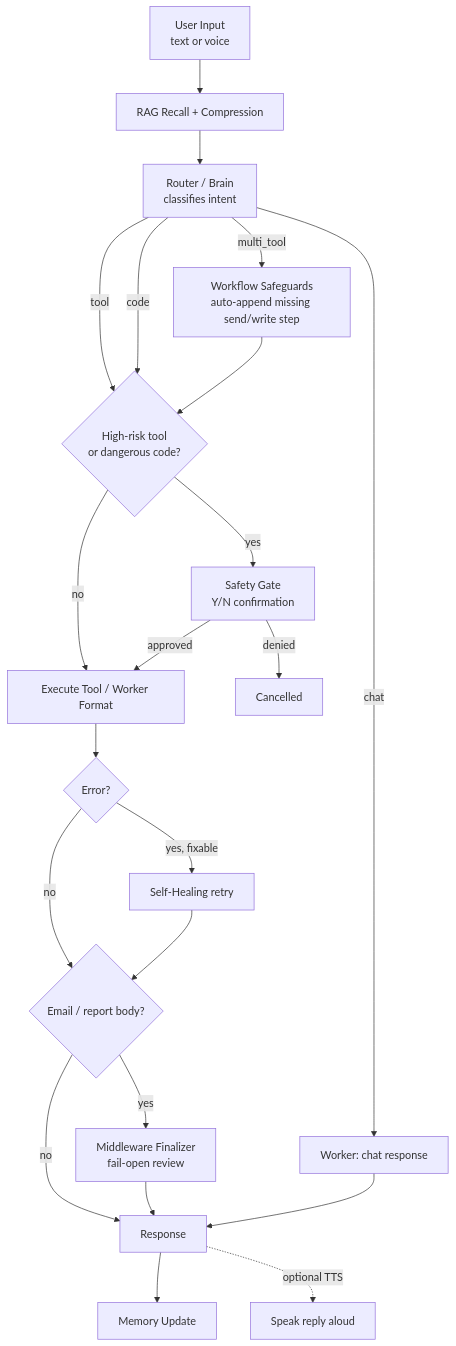
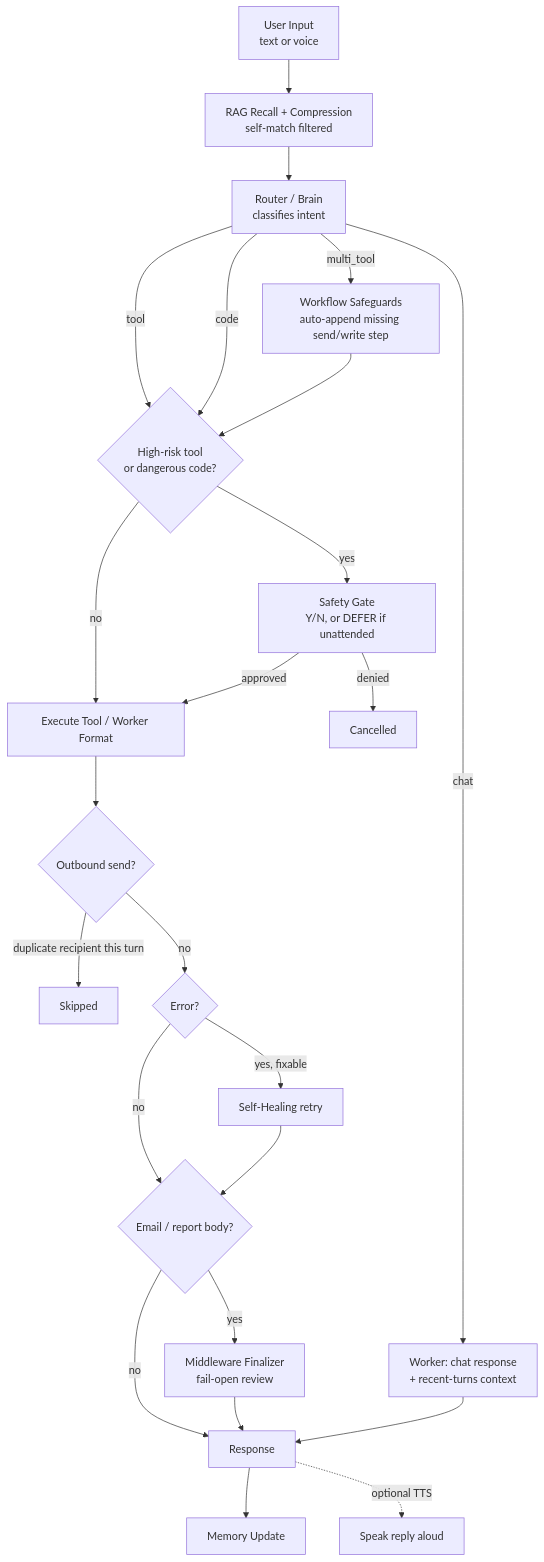
Before and after one commit to KhangTranManh/Ciel-2.0: the diagram in README.md, drawn with Mermaid. The commit also changed other lines of this file and 40 other files, not shown here.

````diff
--- a/README.md
+++ b/README.md
@@ -61,24 +85,26 @@
 ```mermaid
 flowchart TD
-    U[User Input<br/>text or voice] --> RAG[RAG Recall + Compression]
+    U[User Input<br/>text or voice] --> RAG[RAG Recall + Compression<br/>self-match filtered]
     RAG --> ROUTER["Router / Brain<br/>classifies intent"]
-    ROUTER -->|chat| CHAT[Worker: chat response]
+    ROUTER -->|chat| CHAT["Worker: chat response<br/>+ recent-turns context"]
     ROUTER -->|tool| SAFE1{High-risk tool<br/>or dangerous code?}
     ROUTER -->|code| SAFE1
     ROUTER -->|multi_tool| SAFEGUARD["Workflow Safeguards<br/>auto-append missing send/write step"]
     SAFEGUARD --> SAFE1
-    SAFE1 -->|yes| GATE["Safety Gate<br/>Y/N confirmation"]
+    SAFE1 -->|yes| GATE["Safety Gate<br/>Y/N, or DEFER if unattended"]
     SAFE1 -->|no| EXEC[Execute Tool / Worker Format]
     GATE -->|approved| EXEC
     GATE -->|denied| CANCEL[Cancelled]
-    EXEC --> HEAL{Error?}
+    EXEC --> DEDUPE{Outbound send?}
+    DEDUPE -->|duplicate recipient this turn| SKIP[Skipped]
+    DEDUPE -->|no| HEAL{Error?}
     HEAL -->|yes, fixable| RETRY[Self-Healing retry]
     HEAL -->|no| MID{Email / report body?}
     RETRY --> MID
     MID -->|yes| MW["Middleware Finalizer<br/>fail-open review"]
     MID -->|no| RESP[Response]
     MW --> RESP
     CHAT --> RESP
     RESP --> MEM[Memory Update]
     RESP -.optional TTS.-> SPK[Speak reply aloud]
 ```
````
